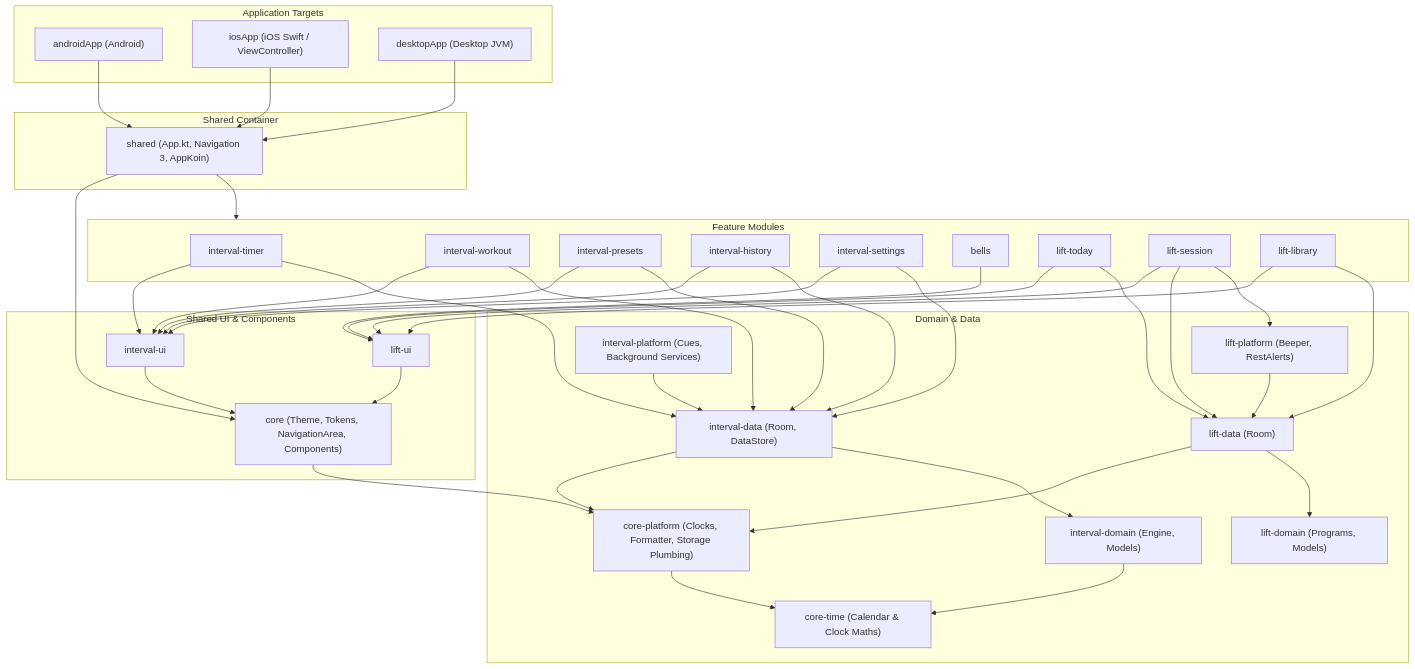
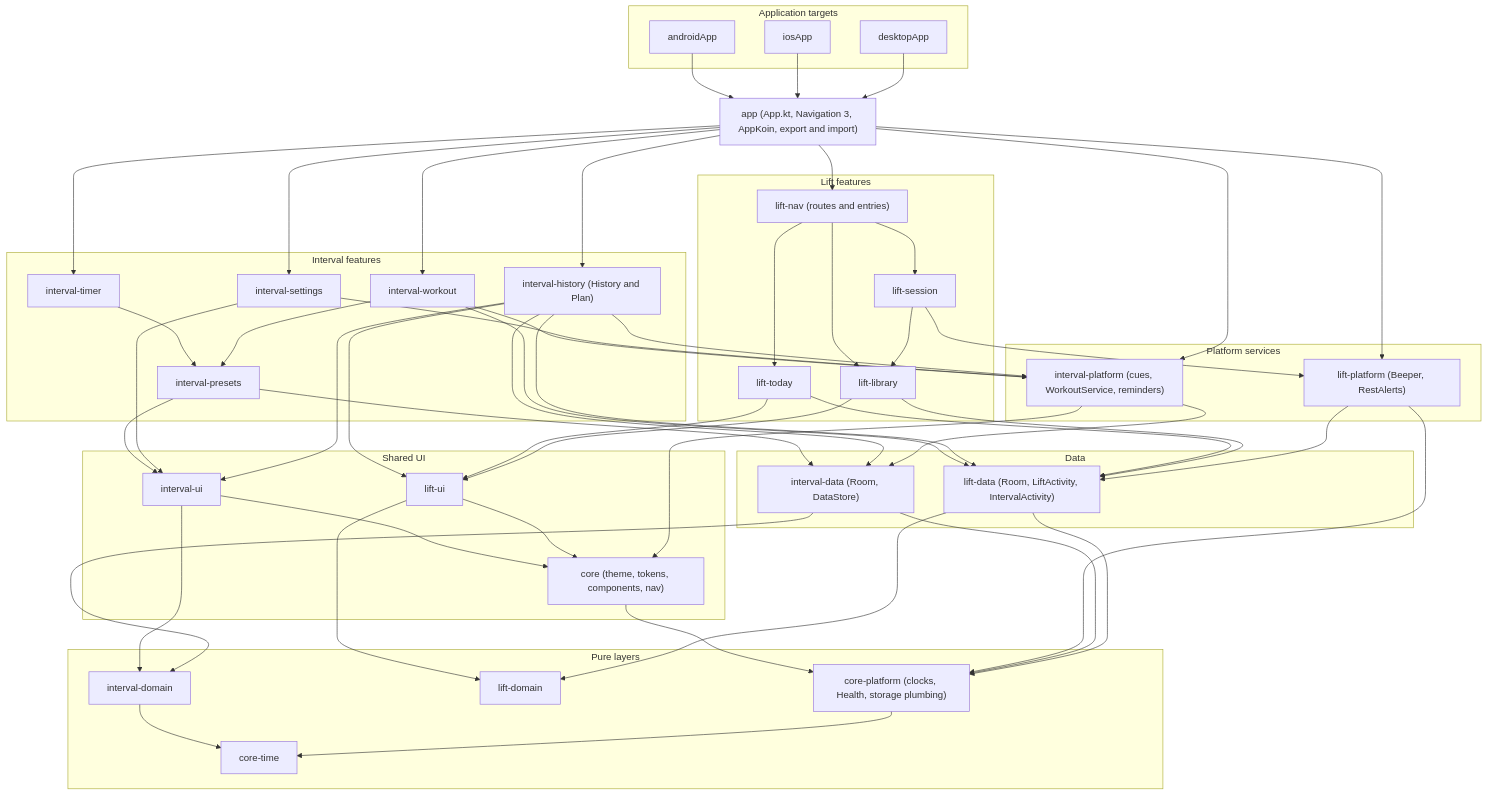
The first of 2 diagrams in docs/architecture.md (smithjustinn84-netizen/interval), drawn with Mermaid before and after one commit. The commit also changed other lines of this file and 3 other files, not shown here.

Commit message:
Docs: architecture review and sprint plan

````diff
--- a/docs/architecture.md
+++ b/docs/architecture.md
@@ -17,83 +17,102 @@
 ```mermaid
 graph TD
-    subgraph Applications ["Application Targets"]
-        AndroidApp["androidApp (Android)"]
-        IOSApp["iosApp (iOS Swift / ViewController)"]
-        DesktopApp["desktopApp (Desktop JVM)"]
+    subgraph Applications ["Application targets"]
+        AndroidApp["androidApp"]
+        IOSApp["iosApp"]
+        DesktopApp["desktopApp"]
     end
 
-    subgraph Container ["Shared Container"]
-        Shared["shared (App.kt, Navigation 3, AppKoin)"]
-    end
+    App["app (App.kt, Navigation 3, AppKoin, export and import)"]
 
-    subgraph Features ["Feature Modules"]
+    subgraph IntervalFeatures ["Interval features"]
         Timer["interval-timer"]
         Workout["interval-workout"]
         Presets["interval-presets"]
-        History["interval-history"]
+        History["interval-history (History and Plan)"]
         Settings["interval-settings"]
-        LiftEntry["bells"]
+    end
+
+    subgraph LiftFeatures ["Lift features"]
+        LiftNav["lift-nav (routes and entries)"]
         LiftToday["lift-today"]
         LiftSession["lift-session"]
         LiftLib["lift-library"]
     end
 
-    subgraph UI ["Shared UI & Components"]
+    subgraph SharedUI ["Shared UI"]
         IntervalUI["interval-ui"]
         LiftUI["lift-ui"]
-        Core["core (Theme, Tokens, NavigationArea, Components)"]
+        Core["core (theme, tokens, components, nav)"]
     end
 
-    subgraph DomainData ["Domain & Data"]
-        IntervalData["interval-data (Room, DataStore)"]
-        IntervalDomain["interval-domain (Engine, Models)"]
-        CorePlatform["core-platform (Clocks, Formatter, Storage Plumbing)"]
-        CoreTime["core-time (Calendar & Clock Maths)"]
-        LiftData["lift-data (Room)"]
+    subgraph Platform ["Platform services"]
+        IntervalPlatform["interval-platform (cues, WorkoutService, reminders)"]
         LiftPlatform["lift-platform (Beeper, RestAlerts)"]
-        LiftDomain["lift-domain (Programs, Models)"]
-        IntervalPlatform["interval-platform (Cues, Background Services)"]
     end
 
-    AndroidApp --> Shared
-    IOSApp --> Shared
-    DesktopApp --> Shared
+    subgraph Data ["Data"]
+        IntervalData["interval-data (Room, DataStore)"]
+        LiftData["lift-data (Room, LiftActivity, IntervalActivity)"]
+    end
 
-    Shared --> Features
-    Shared --> Core
+    subgraph Pure ["Pure layers"]
+        IntervalDomain["interval-domain"]
+        LiftDomain["lift-domain"]
+        CorePlatform["core-platform (clocks, Health, storage plumbing)"]
+        CoreTime["core-time"]
+    end
 
-    Timer --> IntervalUI
-    Workout --> IntervalUI
+    AndroidApp --> App
+    IOSApp --> App
+    DesktopApp --> App
+
+    App --> Timer
+    App --> Workout
+    App --> Settings
+    App --> History
+    App --> LiftNav
+    App --> IntervalPlatform
+    App --> LiftPlatform
+
+    Timer --> Presets
+    Workout --> Presets
+    Workout --> IntervalPlatform
+    Workout --> LiftData
+    Presets --> IntervalData
     Presets --> IntervalUI
+    Settings --> IntervalPlatform
+    Settings --> IntervalUI
+    History --> IntervalData
     History --> IntervalUI
-    Settings --> IntervalUI
+    History --> IntervalPlatform
+    History --> LiftData
+    History --> LiftUI
 
-    LiftEntry --> LiftUI
+    LiftNav --> LiftToday
+    LiftNav --> LiftSession
+    LiftNav --> LiftLib
+    LiftSession --> LiftLib
+    LiftSession --> LiftPlatform
+    LiftToday --> LiftData
     LiftToday --> LiftUI
-    LiftSession --> LiftUI
+    LiftLib --> LiftData
     LiftLib --> LiftUI
 
     IntervalUI --> Core
+    IntervalUI --> IntervalDomain
     LiftUI --> Core
+    LiftUI --> LiftDomain
     Core --> CorePlatform
-    CorePlatform --> CoreTime
-    IntervalDomain --> CoreTime
-    IntervalData --> CorePlatform
-    LiftData --> CorePlatform
 
-    Timer --> IntervalData
-    Workout --> IntervalData
-    Presets --> IntervalData
-    History --> IntervalData
-    Settings --> IntervalData
-
-    LiftToday --> LiftData
-    LiftSession --> LiftData
-    LiftLib --> LiftData
+    IntervalPlatform --> IntervalData
+    IntervalPlatform --> Core
+    LiftPlatform --> LiftData
+    LiftPlatform --> CorePlatform
 
     IntervalData --> IntervalDomain
+    IntervalData --> CorePlatform
     LiftData --> LiftDomain
-    LiftSession --> LiftPlatform
-    LiftPlatform --> LiftData
-    IntervalPlatform --> IntervalData
+    LiftData --> CorePlatform
+    IntervalDomain --> CoreTime
+    CorePlatform --> CoreTime
 ```
````
